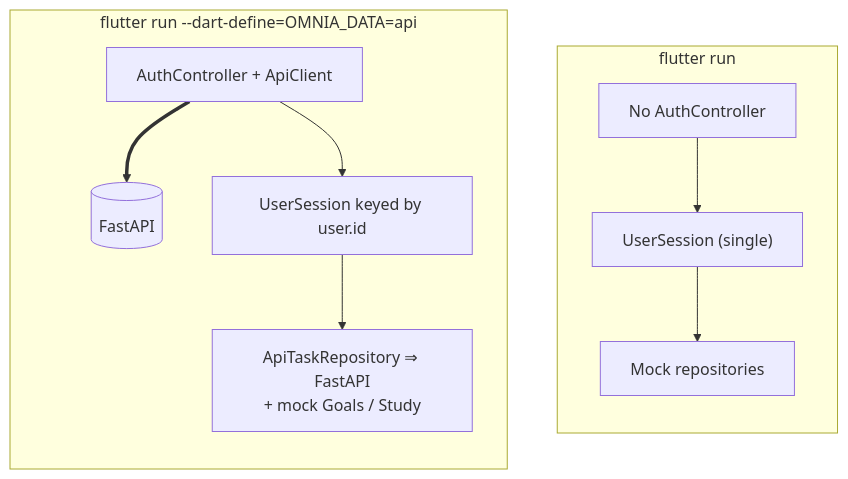
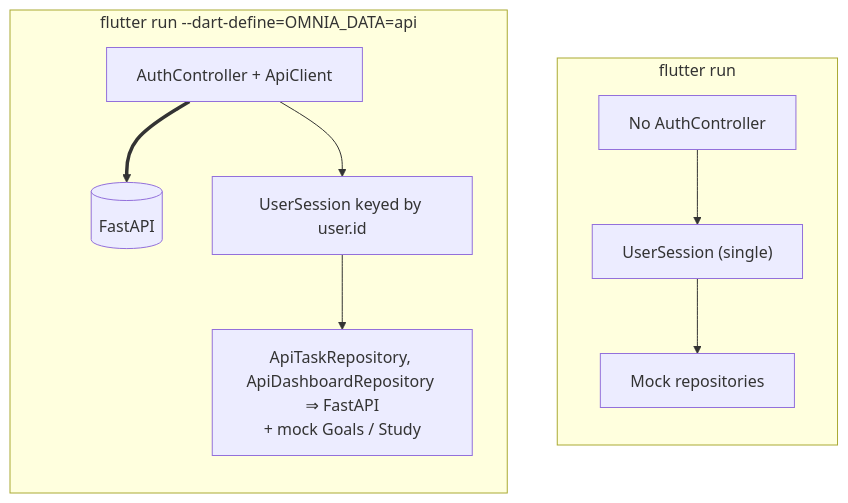
Before and after one commit to Gaoher-1207/omnia: the diagram in docs/omnia-vault/Architecture/Mock vs API Mode.md, drawn with Mermaid. The commit also changed other lines of this file and 33 other files, not shown here.

Commit message:
Integrate Dashboard with backend API

````diff
--- a/docs/omnia-vault/Architecture/Mock vs API Mode.md
+++ b/docs/omnia-vault/Architecture/Mock vs API Mode.md
@@ -29,12 +30,12 @@
 ```mermaid
 flowchart TB
     subgraph Mock["flutter run"]
         direction TB
         m1["No AuthController"] --> m2["UserSession (single)"] --> m3["Mock repositories"]
     end
     subgraph Api["flutter run --dart-define=OMNIA_DATA=api"]
         direction TB
         a1["AuthController + ApiClient"] ==> a0[("FastAPI")]
-        a1 --> a2["UserSession keyed by user.id"] --> a3["ApiTaskRepository ⇒ FastAPI<br/>+ mock Goals / Study"]
+        a1 --> a2["UserSession keyed by user.id"] --> a3["ApiTaskRepository, ApiDashboardRepository ⇒ FastAPI<br/>+ mock Goals / Study"]
     end
 ```
````
